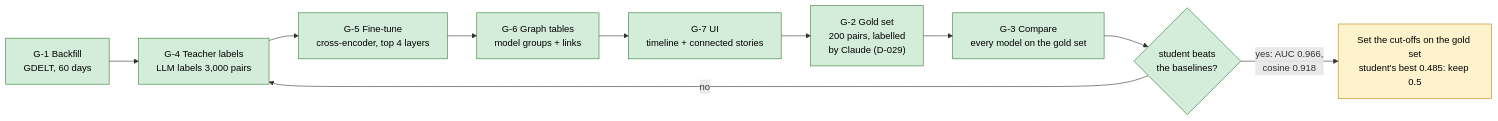
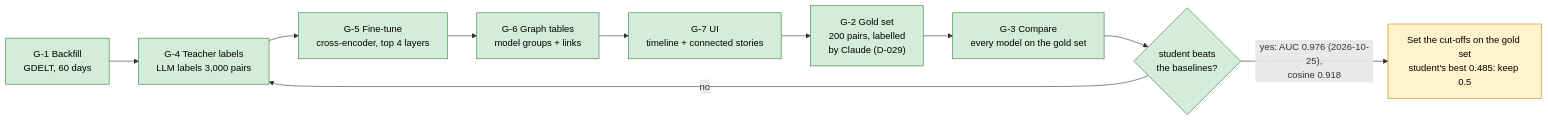
The seventh of 11 diagrams in docs/WORKFLOW.md (joybratasarkar/smriti), drawn with Mermaid before and after one commit. The commit also changed other lines of this file and 4 other files, not shown here.

````diff
--- a/docs/WORKFLOW.md
+++ b/docs/WORKFLOW.md
@@ -179,18 +180,18 @@
 ```mermaid
 flowchart LR
     G1["G-1 Backfill<br/>GDELT, 60 days"] --> G4["G-4 Teacher labels<br/>LLM labels 3,000 pairs"]
     G4 --> G5["G-5 Fine-tune<br/>cross-encoder, top 4 layers"]
     G5 --> G6["G-6 Graph tables<br/>model groups + links"]
     G6 --> G7["G-7 UI<br/>timeline + connected stories"]
     G7 --> G2["G-2 Gold set<br/>200 pairs, labelled<br/>by Claude (D-029)"]
     G2 --> G3["G-3 Compare<br/>every model on the gold set"]
     G3 --> CHK{"student beats<br/>the baselines?"}
     CHK -- "no" --> G4
-    CHK -- "yes: AUC 0.966,<br/>cosine 0.918" --> CUT["Set the cut-offs on the gold set<br/>student's best 0.485: keep 0.5"]
+    CHK -- "yes: AUC 0.976 (2026-10-25),<br/>cosine 0.918" --> CUT["Set the cut-offs on the gold set<br/>student's best 0.485: keep 0.5"]
 
     classDef done fill:#d4edda,stroke:#2e7d32,color:#000
     classDef testing fill:#fff3cd,stroke:#b8860b,color:#000
     classDef planned fill:#eeeeee,stroke:#888,color:#000
     class G1,G4,G5,G6,G7,G2,G3,CHK done
     class CUT testing
 ```
````
